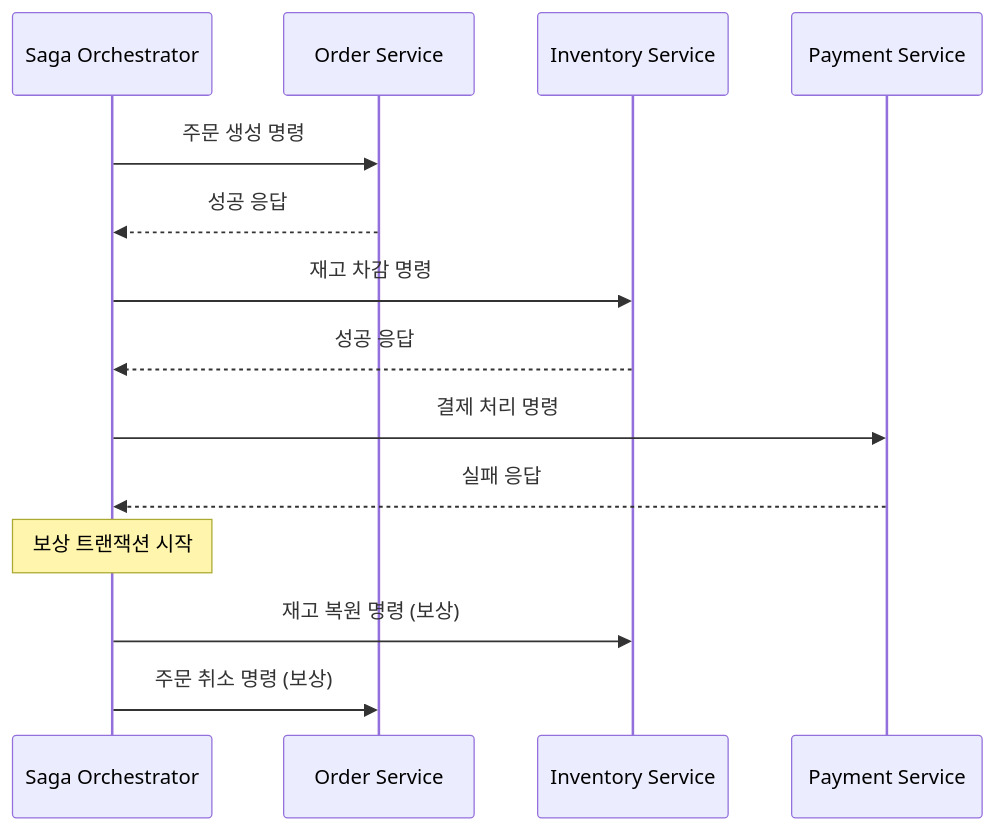
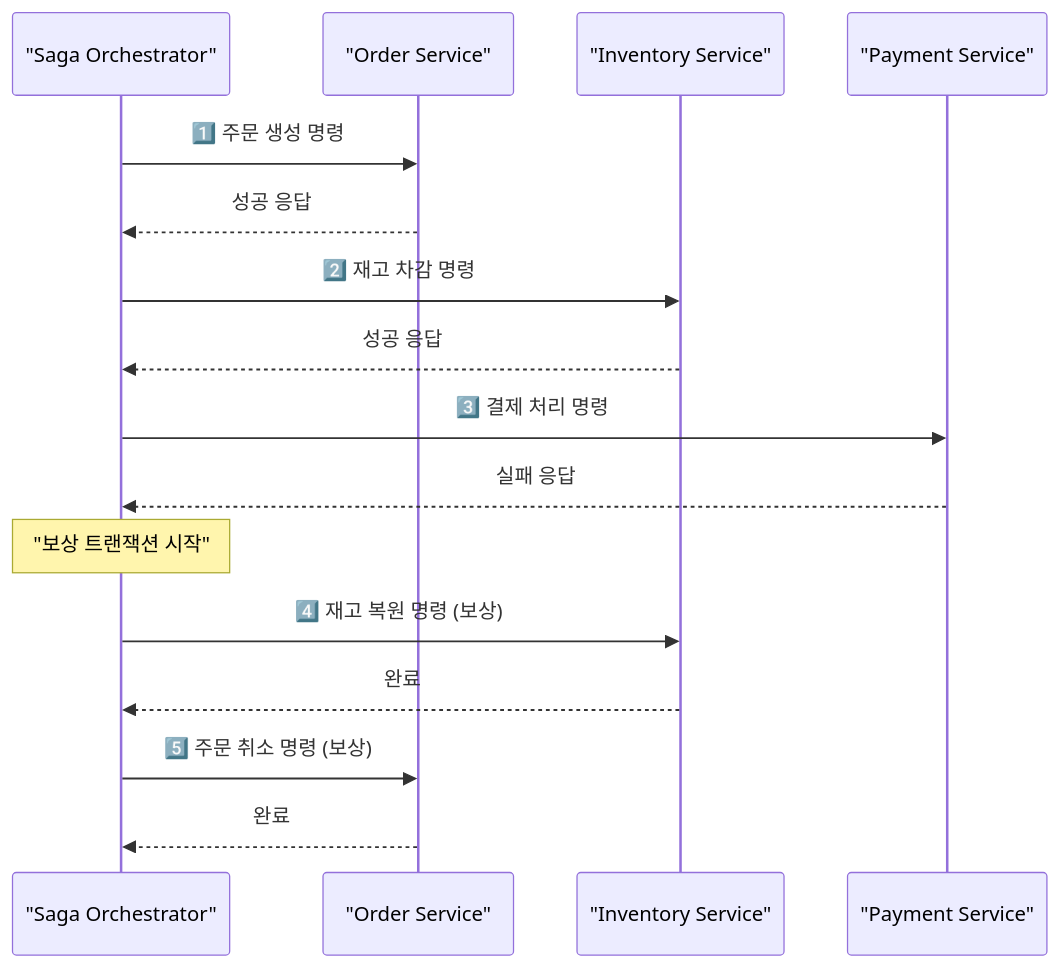
The fifth of 8 diagrams in _posts/spring/2026-05-01-distributed-transaction.md (yjkim2015/yjkim2015.github.io), drawn with Mermaid before and after one commit. The commit also changed other lines of this file and 34 other files, not shown here.

First line of the commit message:
Full quality pass: 41 files — ASCII removed, 동작원리 보강, diagrams

```diff
--- a/_posts/spring/2026-05-01-distributed-transaction.md
+++ b/_posts/spring/2026-05-01-distributed-transaction.md
@@ -202,17 +153,19 @@
 <div class="mermaid">
 sequenceDiagram
-    participant SO as Saga Orchestrator
-    participant OS as Order Service
-    participant IS as Inventory Service
-    participant PS as Payment Service
+    participant SO as "Saga Orchestrator"
+    participant OS as "Order Service"
+    participant IS as "Inventory Service"
+    participant PS as "Payment Service"
 
-    SO->>OS: 주문 생성 명령
+    SO->>OS: 1️⃣ 주문 생성 명령
     OS-->>SO: 성공 응답
-    SO->>IS: 재고 차감 명령
+    SO->>IS: 2️⃣ 재고 차감 명령
     IS-->>SO: 성공 응답
-    SO->>PS: 결제 처리 명령
+    SO->>PS: 3️⃣ 결제 처리 명령
     PS-->>SO: 실패 응답
-    Note over SO: 보상 트랜잭션 시작
-    SO->>IS: 재고 복원 명령 (보상)
-    SO->>OS: 주문 취소 명령 (보상)
+    Note over SO: "보상 트랜잭션 시작"
+    SO->>IS: 4️⃣ 재고 복원 명령 (보상)
+    IS-->>SO: 완료
+    SO->>OS: 5️⃣ 주문 취소 명령 (보상)
+    OS-->>SO: 완료
 </div>
```
